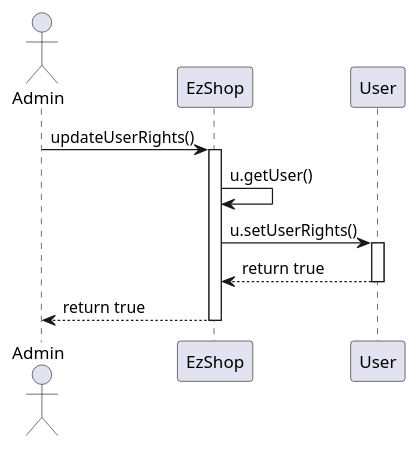
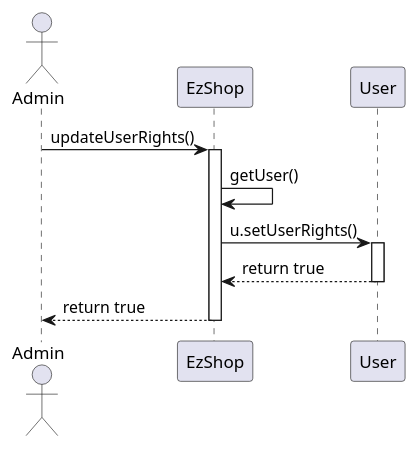
One commit to paocela/EzShop changed the ninth of 29 diagrams in Deliverables/DesignDocument.md. Above: the diagram before and after it, drawn with PlantUML. The commit also changed other lines of this file, not shown here.

Commit message:
Reviewed all sequence diagrams

````diff
--- a/Deliverables/DesignDocument.md
+++ b/Deliverables/DesignDocument.md
@@ -413,13 +413,13 @@
 ```plantuml
 actor Admin
 Admin -> EzShop : updateUserRights()
 activate EzShop
-EzShop -> EzShop : u.getUser()
+EzShop -> EzShop : getUser()
 EzShop -> User : u.setUserRights()
 activate User
 EzShop <-- User : return true
 deactivate User
 Admin <-- EzShop : return true
 deactivate EzShop
 
 ```
````
